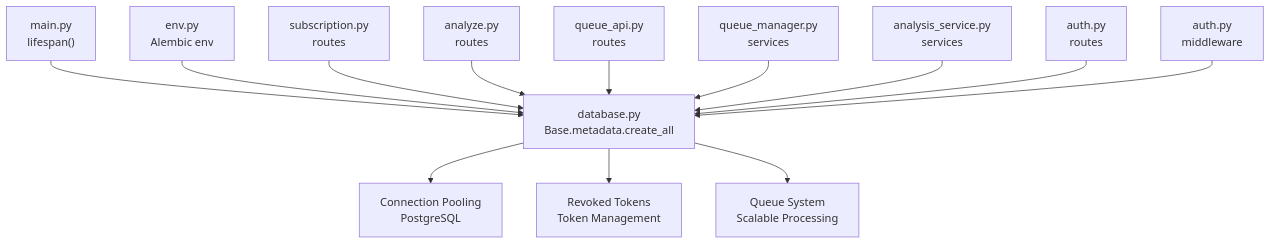
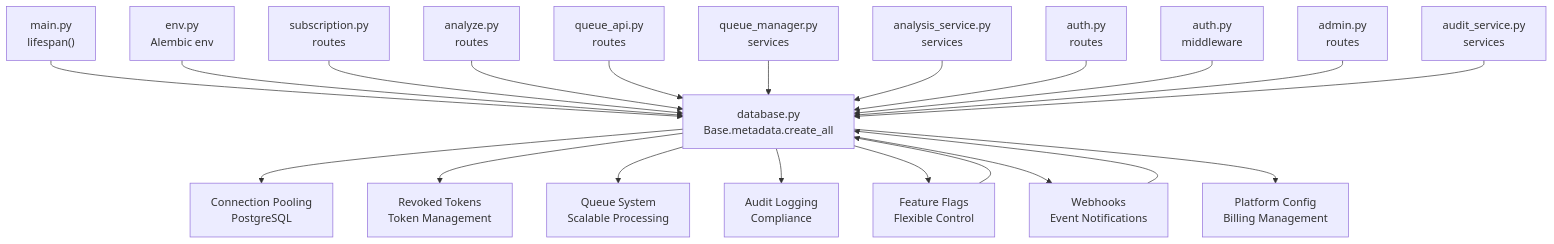
The tenth of 10 diagrams in .qoder/repowiki/en/content/Database Design/Database Design.md (Revanththetalogics/aireume), drawn with Mermaid before and after one commit. The commit also changed other lines of this file and 10 other files, not shown here.

````diff
--- a/.qoder/repowiki/en/content/Database Design/Database Design.md
+++ b/.qoder/repowiki/en/content/Database Design/Database Design.md
@@ -482,15 +714,23 @@
 ```mermaid
 graph TB
 M["main.py<br/>lifespan()"] --> D["database.py<br/>Base.metadata.create_all"]
 E["env.py<br/>Alembic env"] --> D
 S["subscription.py<br/>routes"] --> D
 A["analyze.py<br/>routes"] --> D
 Q["queue_api.py<br/>routes"] --> D
 QM["queue_manager.py<br/>services"] --> D
 AS["analysis_service.py<br/>services"] --> D
 AR["auth.py<br/>routes"] --> D
 U["auth.py<br/>middleware"] --> D
+AD["admin.py<br/>routes"] --> D
+AF["audit_service.py<br/>services"] --> D
+FF["feature_flag_service.py<br/>services"] --> D
+WH["webhook_service.py<br/>services"] --> D
 D --> CP["Connection Pooling<br/>PostgreSQL"]
 D --> RT["Revoked Tokens<br/>Token Management"]
 D --> QS["Queue System<br/>Scalable Processing"]
+D --> AU["Audit Logging<br/>Compliance"]
+D --> FF["Feature Flags<br/>Flexible Control"]
+D --> WH["Webhooks<br/>Event Notifications"]
+D --> PC["Platform Config<br/>Billing Management"]
 ```
````
